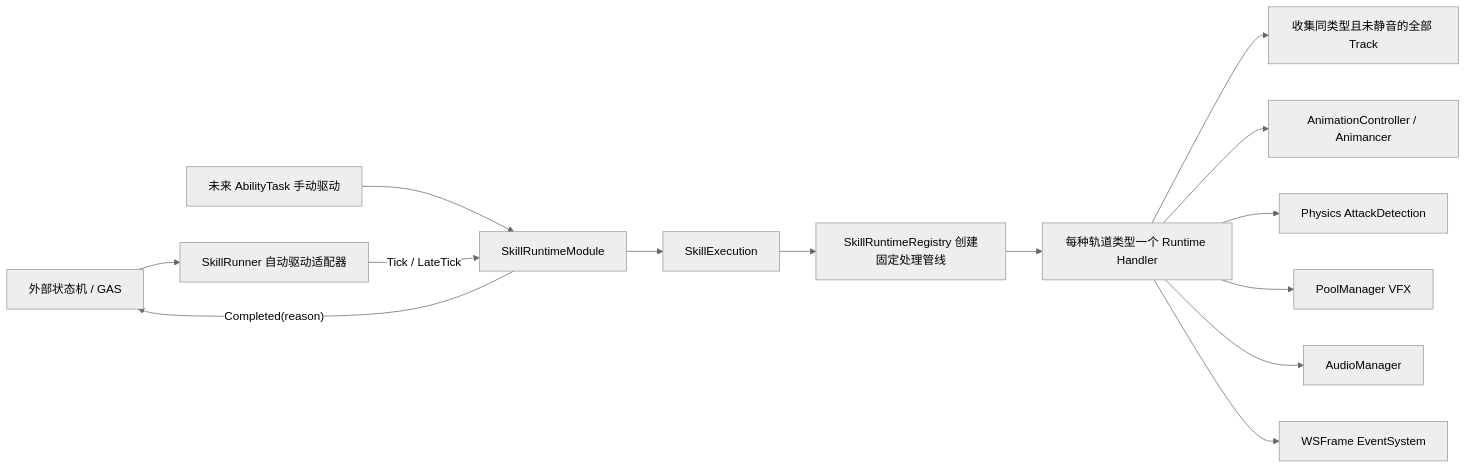
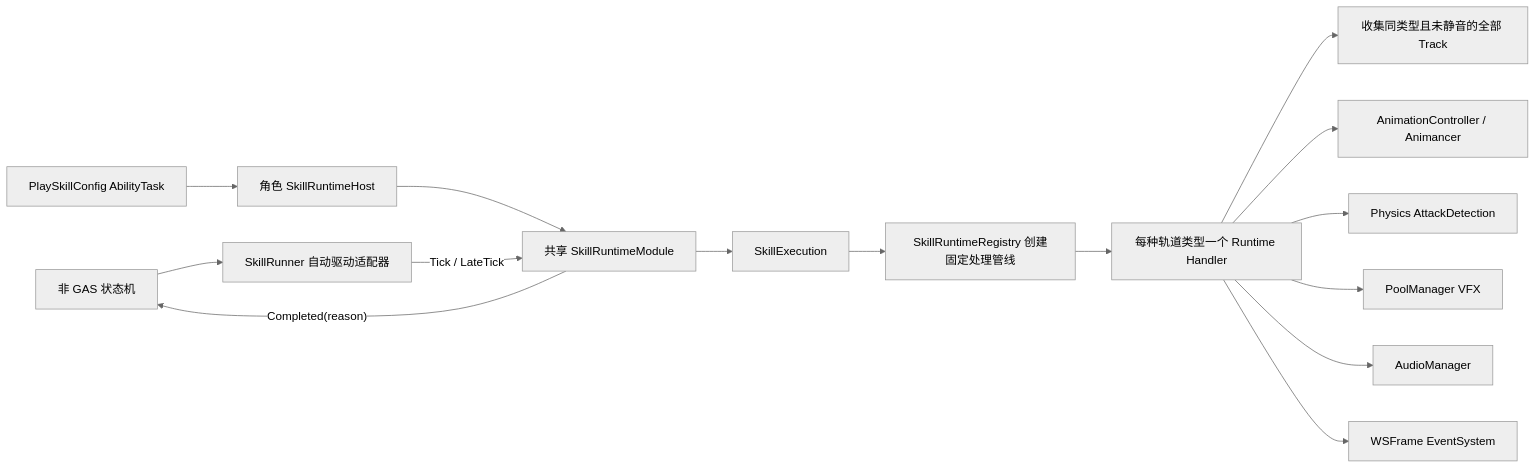
One commit to Whitesheeeep/3DRPG changed the first of 3 diagrams in Assets/Scripts/SkillSystem/Runtime/SkillRuntime.md. Above: the diagram before and after it, drawn with Mermaid (neutral theme). The commit also changed other lines of this file and 75 other files, not shown here.

First line of the commit message:
Add SkillConfig and GameplayAbilityTask enhancements

````diff
--- a/Assets/Scripts/SkillSystem/Runtime/SkillRuntime.md
+++ b/Assets/Scripts/SkillSystem/Runtime/SkillRuntime.md
@@ -5,16 +5,17 @@
 ```mermaid
 flowchart LR
-    StateMachine["外部状态机 / GAS"] --> Runner["SkillRunner 自动驱动适配器"]
-    AbilityTask["未来 AbilityTask 手动驱动"] --> Module["SkillRuntimeModule"]
+    StateMachine["非 GAS 状态机"] --> Runner["SkillRunner 自动驱动适配器"]
+    AbilityTask["PlaySkillConfig AbilityTask"] --> Host["角色 SkillRuntimeHost"]
+    Host --> Module["共享 SkillRuntimeModule"]
     Runner -->|"Tick / LateTick"| Module
     Module --> Execution["SkillExecution"]
     Execution --> Registry["SkillRuntimeRegistry 创建固定处理管线"]
     Registry --> Handlers["每种轨道类型一个 Runtime Handler"]
     Handlers --> Tracks["收集同类型且未静音的全部 Track"]
     Handlers --> Animation["AnimationController / Animancer"]
     Handlers --> Physics["Physics AttackDetection"]
     Handlers --> Pool["PoolManager VFX"]
     Handlers --> Audio["AudioManager"]
     Handlers --> Events["WSFrame EventSystem"]
     Module -->|"Completed(reason)"| StateMachine
 ```
````
